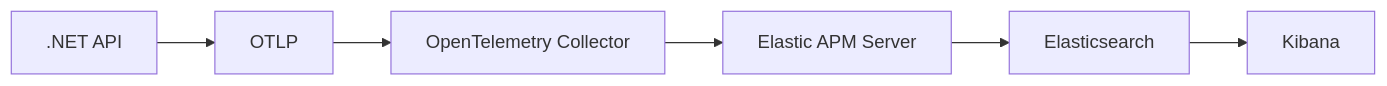
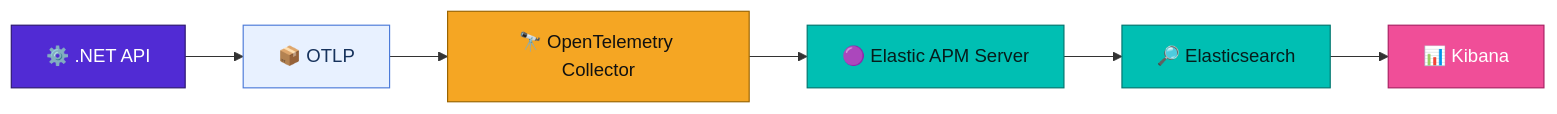
One commit to fnandop/aspire-apm-backends-pocs changed the first of 5 diagrams in README.md. Above: the diagram before and after it, drawn with Mermaid. The commit also changed other lines of this file and 1 other file, not shown here.

````diff
--- a/README.md
+++ b/README.md
@@ -25,8 +25,19 @@
 ```mermaid
 graph LR
-    A[.NET API] --> B[OTLP]
-    B --> C[OpenTelemetry Collector]
-    C --> D[Elastic APM Server]
-    D --> E[Elasticsearch]
-    E --> F[Kibana]
+    A["⚙️ .NET API"] --> B["📦 OTLP"]
+    B --> C["🔭 OpenTelemetry Collector"]
+    C --> D["🟣 Elastic APM Server"]
+    D --> E["🔎 Elasticsearch"]
+    E --> F["📊 Kibana"]
+
+    classDef app fill:#512BD4,stroke:#2b166f,color:#fff
+    classDef protocol fill:#E8F1FF,stroke:#4C7BD9,color:#16325C
+    classDef collector fill:#F5A623,stroke:#9A6400,color:#111
+    classDef elastic fill:#00BFB3,stroke:#00756E,color:#061D1B
+    classDef ui fill:#F04E98,stroke:#A91F62,color:#fff
+    class A app
+    class B protocol
+    class C collector
+    class D,E elastic
+    class F ui
 ```
````
